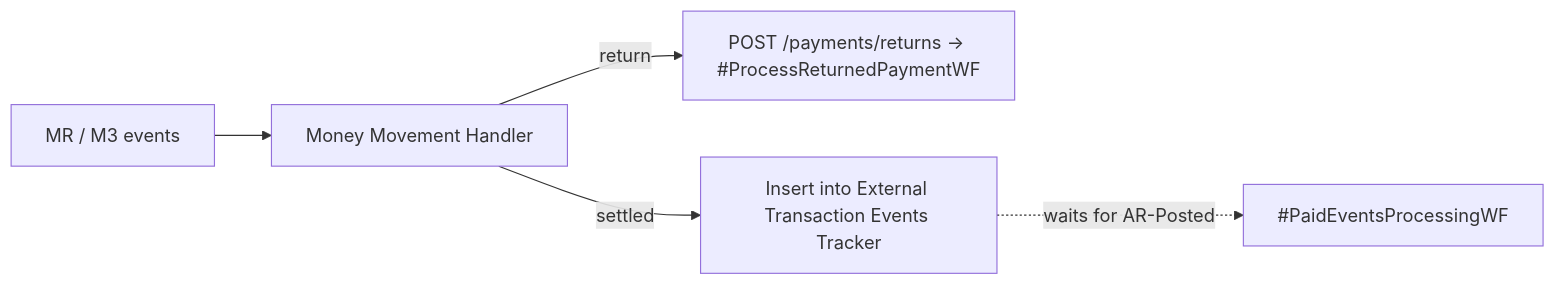
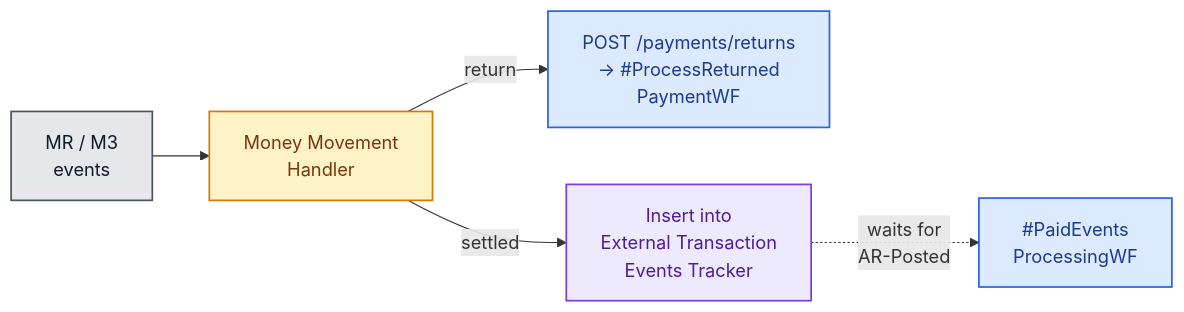
One commit to arunav-bhattacharya/billpay-docs changed the first of 4 diagrams in docs/design/workflows/event-handlers.md. Above: the diagram before and after it, drawn with Mermaid. The commit also changed other lines of this file and 28 other files, not shown here.

````diff
--- a/docs/design/workflows/event-handlers.md
+++ b/docs/design/workflows/event-handlers.md
@@ -22,7 +22,17 @@
 ```mermaid
 flowchart LR
-  MR[MR / M3 events] --> H[Money Movement Handler]
-  H -->|return| RT[POST /payments/returns → #ProcessReturnedPaymentWF]
-  H -->|settled| T[Insert into External Transaction Events Tracker]
-  T -. waits for AR-Posted .-> PEP[#PaidEventsProcessingWF]
+  MR["MR / M3<br/>events"] --> H["Money Movement<br/>Handler"]
+  H -- return --> RT["POST /payments/returns<br/>→ #ProcessReturned<br/>PaymentWF"]
+  H -- settled --> T["Insert into<br/>External Transaction<br/>Events Tracker"]
+  T -. "waits for<br/>AR-Posted" .-> PEP["#PaidEvents<br/>ProcessingWF"]
+
+  classDef source fill:#e5e7eb,stroke:#4b5563,stroke-width:1.5px,color:#111827;
+  classDef handler fill:#fef3c7,stroke:#d97706,stroke-width:1.5px,color:#78350f;
+  classDef workflow fill:#dbeafe,stroke:#2563eb,stroke-width:1.5px,color:#1e3a8a;
+  classDef store fill:#ede9fe,stroke:#7c3aed,stroke-width:1.5px,color:#4c1d95;
+
+  class MR source;
+  class H handler;
+  class RT,PEP workflow;
+  class T store;
 ```
````
